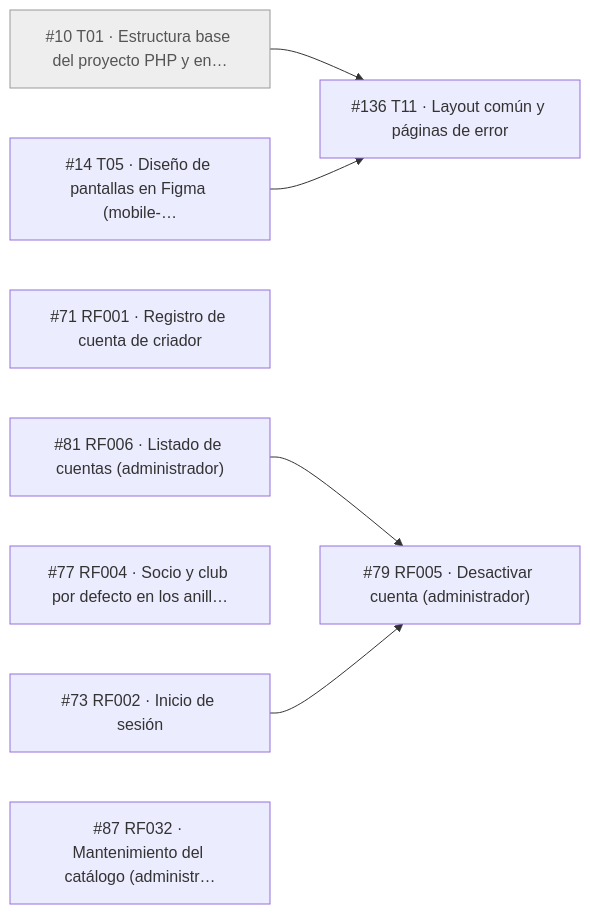
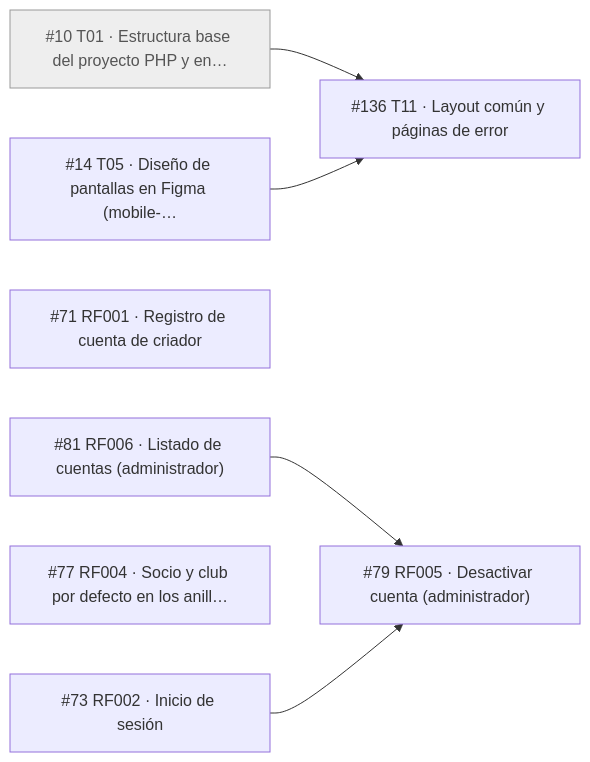
The seventh of 11 diagrams in docs/guia-issues.md (JereR1621/sistema-gestion-criadero-canarios), drawn with Mermaid before and after one commit. The commit also changed other lines of this file and 4 other files, not shown here.

````diff
--- a/docs/guia-issues.md
+++ b/docs/guia-issues.md
@@ -297,18 +322,17 @@
 ```mermaid
 flowchart LR
     n10["#10 T01 · Estructura base del proyecto PHP y en…"]:::antes
     n14["#14 T05 · Diseño de pantallas en Figma (mobile-…"]
     n71["#71 RF001 · Registro de cuenta de criador"]
     n73["#73 RF002 · Inicio de sesión"]
     n77["#77 RF004 · Socio y club por defecto en los anill…"]
     n79["#79 RF005 · Desactivar cuenta (administrador)"]
     n81["#81 RF006 · Listado de cuentas (administrador)"]
-    n87["#87 RF032 · Mantenimiento del catálogo (administr…"]
     n136["#136 T11 · Layout común y páginas de error"]
     n81 --> n79
     n73 --> n79
     n10 --> n136
     n14 --> n136
     classDef antes fill:#eeeeee,stroke:#999999,color:#555555
     classDef ajuste fill:#fde2dc,stroke:#c0392b
 ```
````
